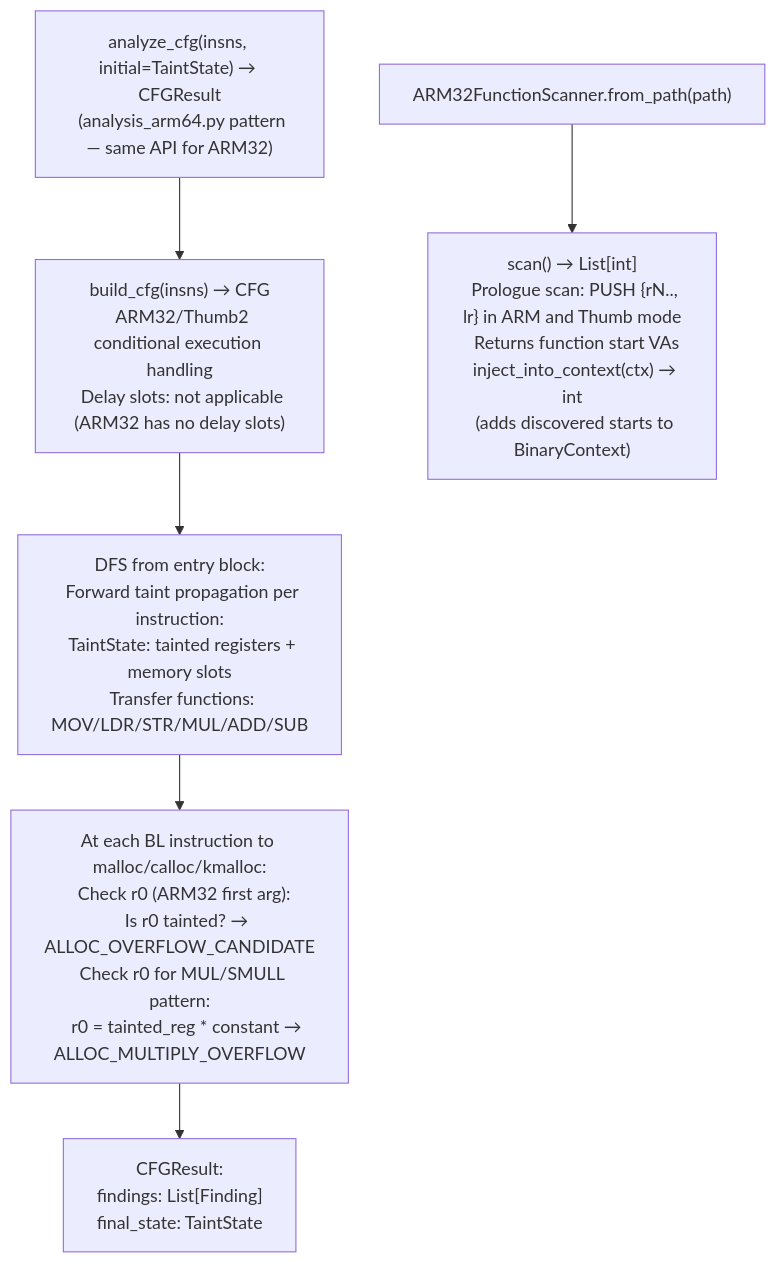
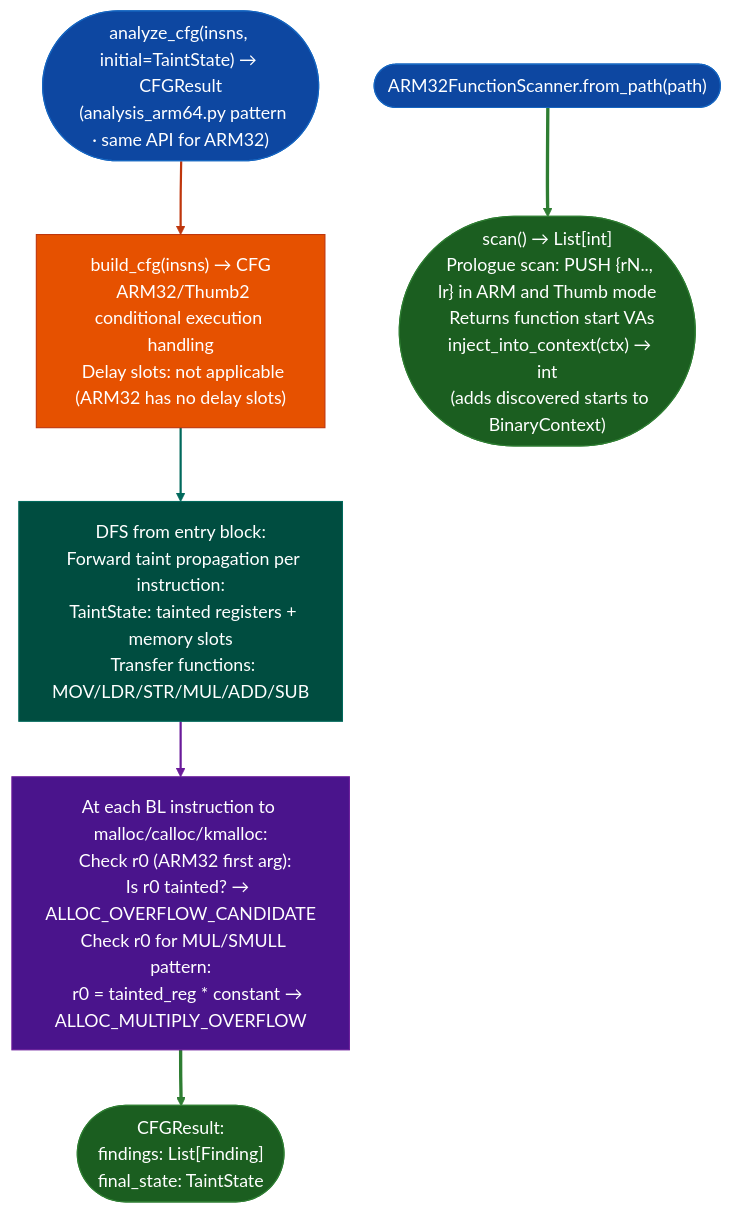
Before and after one commit to Ablation-Tool/ablation: the diagram in docs/reference-modules/arm32-allocation-arithmetic-overflow.md, drawn with Mermaid. The commit also changed 320 other files, not shown here.

First line of the commit message:
docs: apply canonical Mermaid template to all 321 diagrams

````diff
--- a/docs/reference-modules/arm32-allocation-arithmetic-overflow.md
+++ b/docs/reference-modules/arm32-allocation-arithmetic-overflow.md
@@ -19,9 +19,20 @@
 ```mermaid
 flowchart TD
-    A["analyze_cfg(insns, initial=TaintState) → CFGResult\n  (analysis_arm64.py pattern — same API for ARM32)"] --> B["build_cfg(insns) → CFG\n  ARM32/Thumb2 conditional execution handling\n  Delay slots: not applicable (ARM32 has no delay slots)"]
-    B --> C["DFS from entry block:\n  Forward taint propagation per instruction:\n  TaintState: tainted registers + memory slots\n  Transfer functions: MOV/LDR/STR/MUL/ADD/SUB"]
-    C --> D["At each BL instruction to malloc/calloc/kmalloc:\n  Check r0 (ARM32 first arg):\n    Is r0 tainted? → ALLOC_OVERFLOW_CANDIDATE\n  Check r0 for MUL/SMULL pattern:\n    r0 = tainted_reg * constant → ALLOC_MULTIPLY_OVERFLOW"]
-    D --> E["CFGResult:\n  findings: List[Finding]\n  final_state: TaintState"]
+    A(["analyze_cfg(insns, initial=TaintState) → CFGResult\n  (analysis_arm64.py pattern · same API for ARM32)"]):::input --> B["build_cfg(insns) → CFG\n  ARM32/Thumb2 conditional execution handling\n  Delay slots: not applicable (ARM32 has no delay slots)"]:::primary
+    B:::primary --> C["DFS from entry block:\n  Forward taint propagation per instruction:\n  TaintState: tainted registers + memory slots\n  Transfer functions: MOV/LDR/STR/MUL/ADD/SUB"]:::secondary
+    C:::secondary --> D["At each BL instruction to malloc/calloc/kmalloc:\n  Check r0 (ARM32 first arg):\n    Is r0 tainted? → ALLOC_OVERFLOW_CANDIDATE\n  Check r0 for MUL/SMULL pattern:\n    r0 = tainted_reg * constant → ALLOC_MULTIPLY_OVERFLOW"]:::tertiary
+    D:::tertiary --> E(["CFGResult:\n  findings: List[Finding]\n  final_state: TaintState"]):::output
 
-    F["ARM32FunctionScanner.from_path(path)"] --> G["scan() → List[int]\n  Prologue scan: PUSH {rN.., lr} in ARM and Thumb mode\n  Returns function start VAs\n  inject_into_context(ctx) → int\n  (adds discovered starts to BinaryContext)"]
+    F(["ARM32FunctionScanner.from_path(path)"]):::input --> G(["scan() → List[int]\n  Prologue scan: PUSH {rN.., lr} in ARM and Thumb mode\n  Returns function start VAs\n  inject_into_context(ctx) → int\n  (adds discovered starts to BinaryContext)"]):::output
+    classDef input     fill:#0d47a1,stroke:#1565c0,color:#fff
+    classDef primary   fill:#e65100,stroke:#bf360c,color:#fff
+    classDef secondary fill:#004d40,stroke:#00695c,color:#fff
+    classDef tertiary  fill:#4a148c,stroke:#6a1b9a,color:#fff
+    classDef neutral   fill:#37474f,stroke:#546e7a,color:#fff
+    classDef output    fill:#1b5e20,stroke:#2e7d32,color:#fff
+    linkStyle 0 stroke:#bf360c,stroke-width:2px
+    linkStyle 1 stroke:#00695c,stroke-width:2px
+    linkStyle 2 stroke:#6a1b9a,stroke-width:2px
+    linkStyle 3 stroke:#2e7d32,stroke-width:3px
+    linkStyle 4 stroke:#2e7d32,stroke-width:3px
 ```
````
